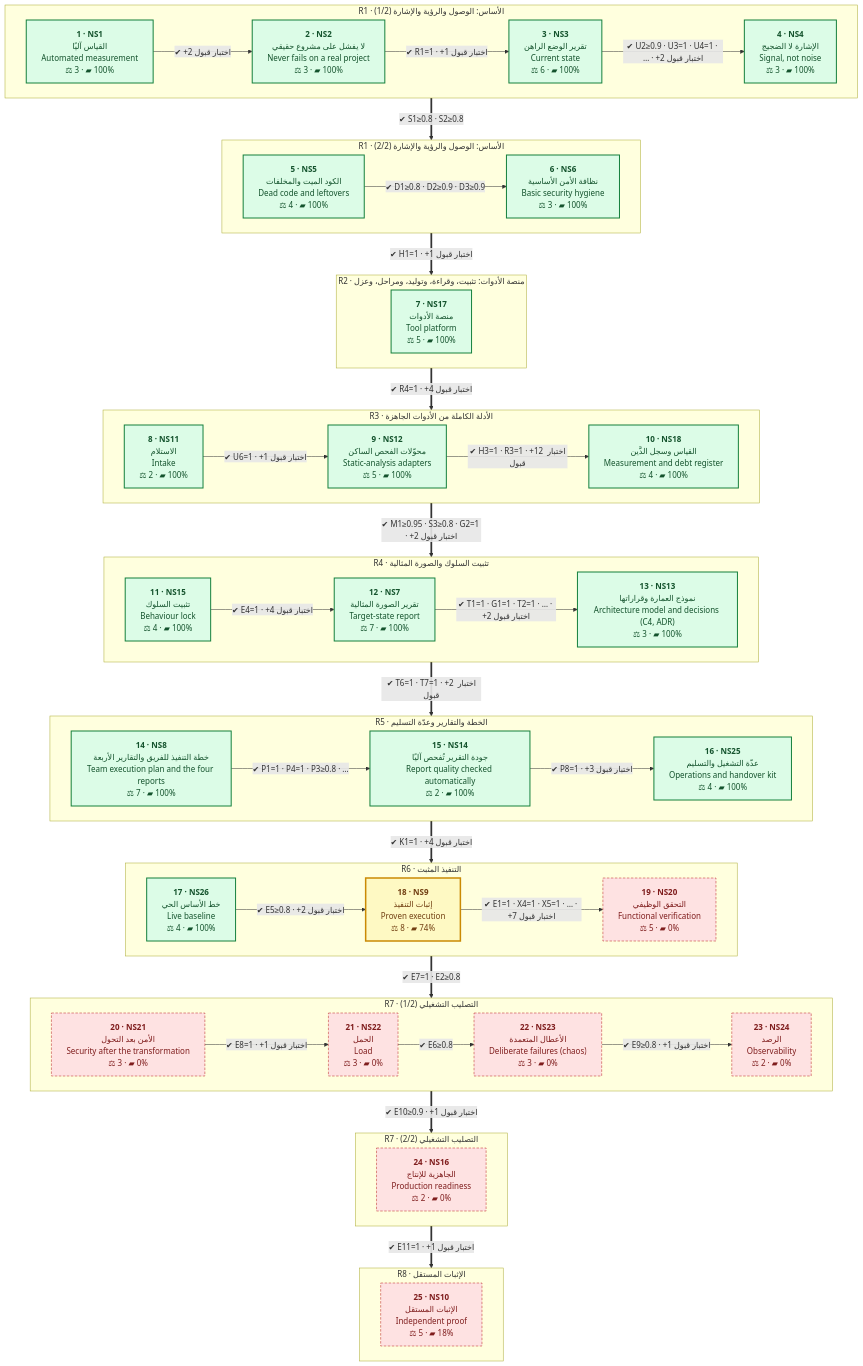
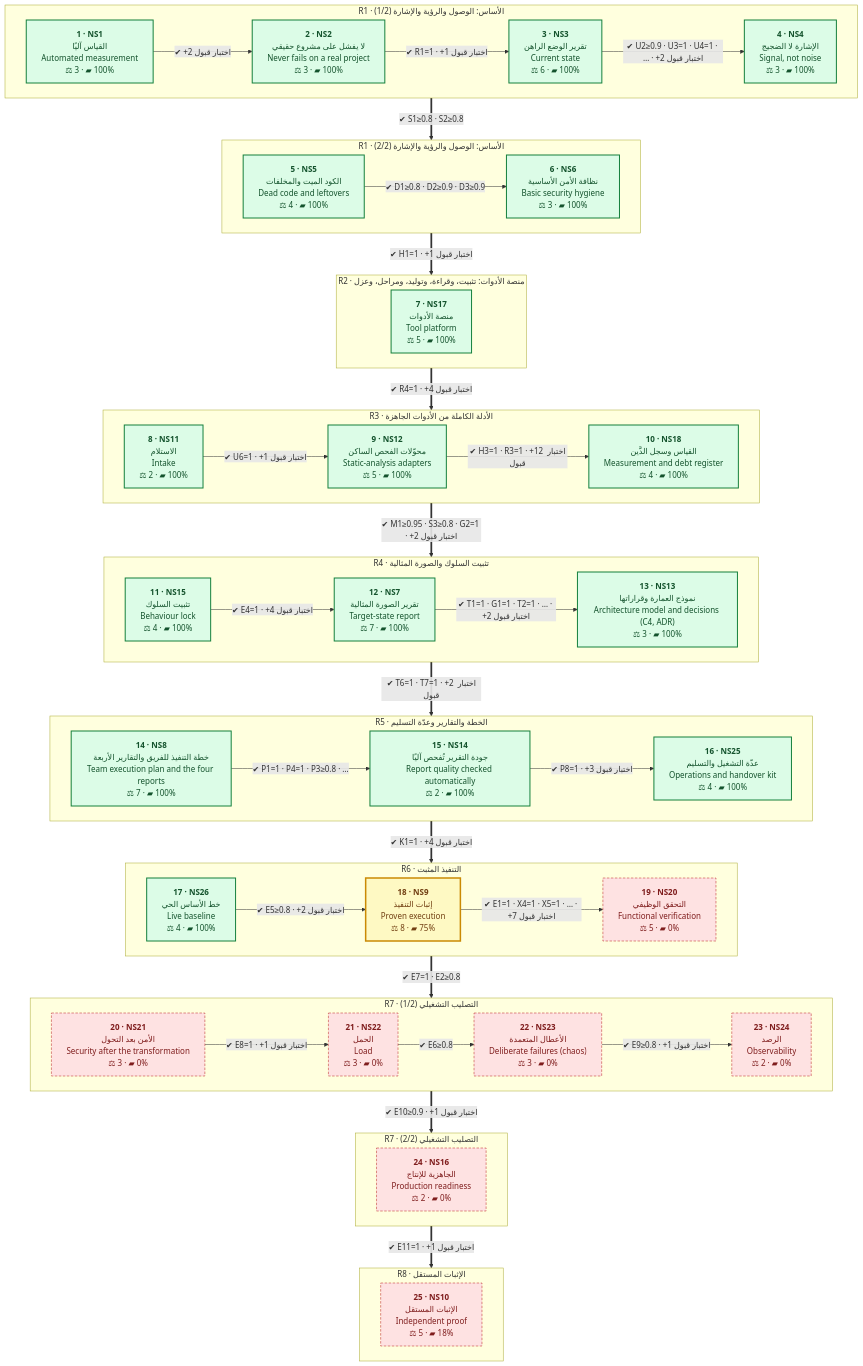
The second of 2 diagrams in README.md (eom1417/engineering-audit-os), drawn with Mermaid before and after one commit. The commit also changed other lines of this file and 4 other files, not shown here.

```diff
--- a/README.md
+++ b/README.md
@@ -290,7 +290,7 @@
     subgraph R6_1["R6 · التنفيذ المثبت"]
         direction LR
         NS26["<b>17 · NS26</b><br/>خط الأساس الحي<br/>Live baseline<br/>⚖ 4 · ▰ 100%"]:::done
-        NS9["<b>18 · NS9</b><br/>إثبات التنفيذ<br/>Proven execution<br/>⚖ 8 · ▰ 74%"]:::current
+        NS9["<b>18 · NS9</b><br/>إثبات التنفيذ<br/>Proven execution<br/>⚖ 8 · ▰ 75%"]:::current
         NS20["<b>19 · NS20</b><br/>التحقق الوظيفي<br/>Functional verification<br/>⚖ 5 · ▰ 0%"]:::owner
         NS26 -->|"✔ E5≥0.8 · +2 اختبار قبول"| NS9
         NS9 -->|"✔ E1=1 · X4=1 · X5=1 · … · +7 اختبار قبول"| NS20
```
